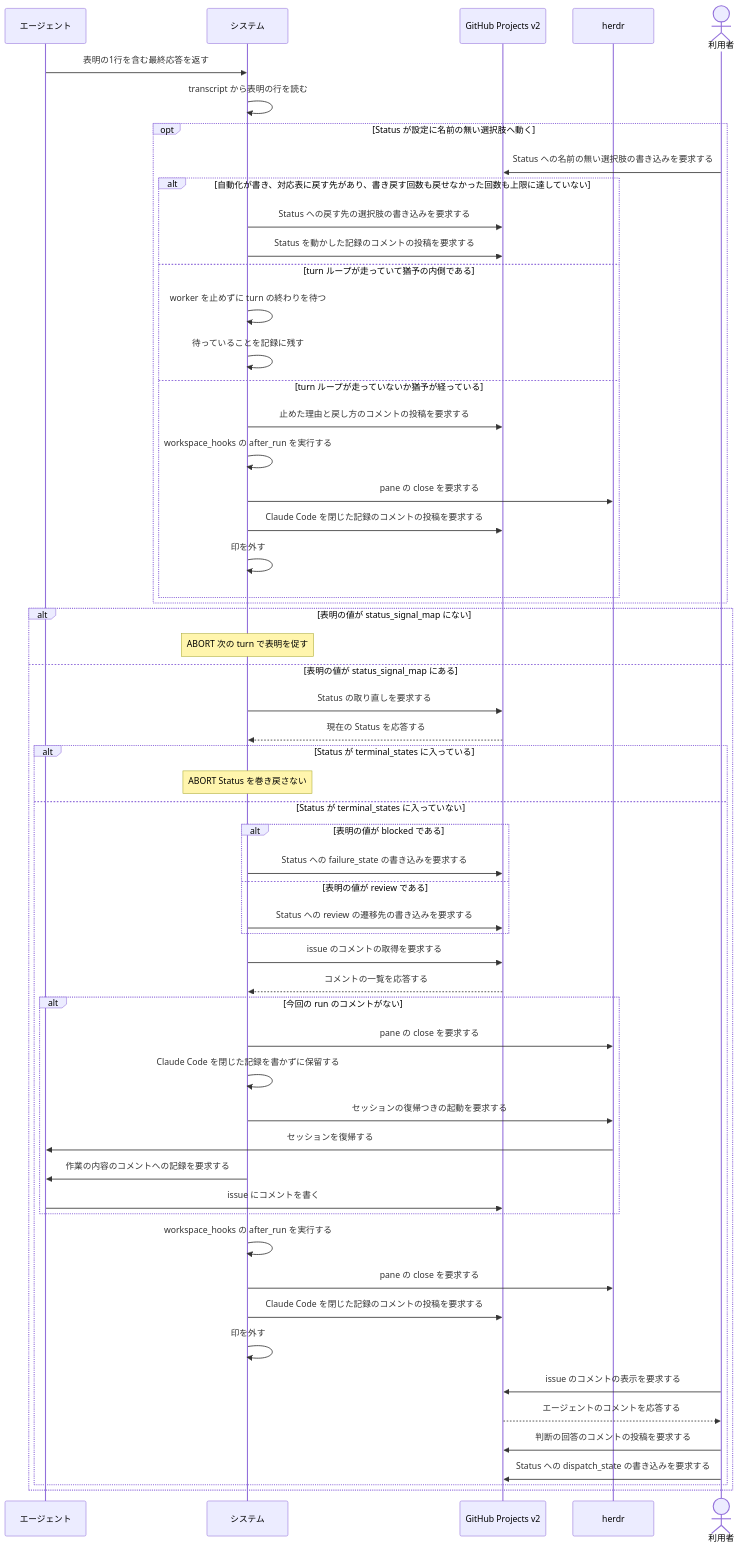
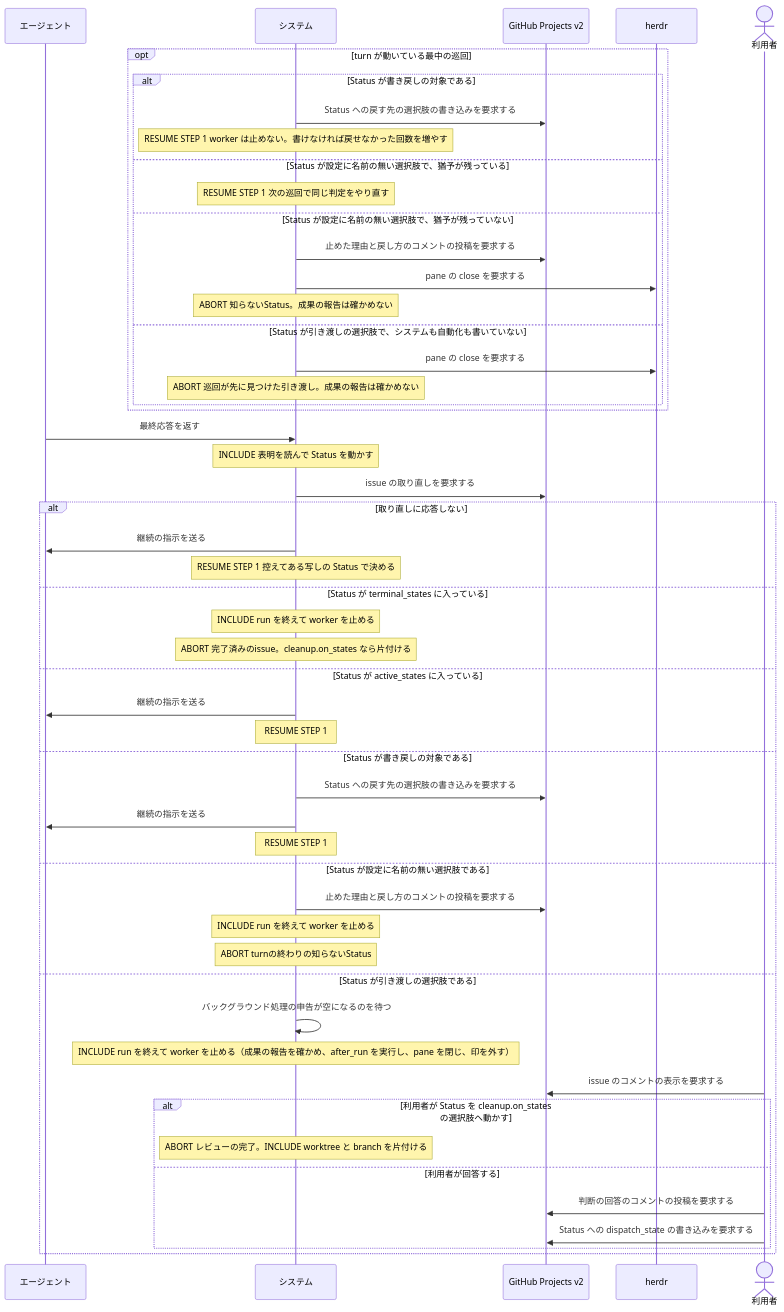
One commit to maimuzo/continuo changed the second of 2 diagrams in docs/spec/usecases/particular_case/人間に判断を渡す.rucm.md. Above: the diagram before and after it, drawn with Mermaid. The commit also changed other lines of this file and 122 other files, not shown here.

````diff
--- a/docs/spec/usecases/particular_case/人間に判断を渡す.rucm.md
+++ b/docs/spec/usecases/particular_case/人間に判断を渡す.rucm.md
@@ -348,60 +467,55 @@
 ```mermaid
 sequenceDiagram
     participant CC as エージェント
     participant S as システム
     participant GH as GitHub Projects v2
     participant H as herdr
     actor U as 利用者
 
-    CC->>S: 表明の1行を含む最終応答を返す
-    S->>S: transcript から表明の行を読む
-    opt Status が設定に名前の無い選択肢へ動く
-        U->>GH: Status への名前の無い選択肢の書き込みを要求する
-        alt 自動化が書き、対応表に戻す先があり、書き戻す回数も戻せなかった回数も上限に達していない
+    opt turn が動いている最中の巡回
+        alt Status が書き戻しの対象である
             S->>GH: Status への戻す先の選択肢の書き込みを要求する
-            S->>GH: Status を動かした記録のコメントの投稿を要求する
-        else turn ループが走っていて猶予の内側である
-            S->>S: worker を止めずに turn の終わりを待つ
-            S->>S: 待っていることを記録に残す
-        else turn ループが走っていないか猶予が経っている
+            Note over S: RESUME STEP 1 worker は止めない。書けなければ戻せなかった回数を増やす
+        else Status が設定に名前の無い選択肢で、猶予が残っている
+            Note over S: RESUME STEP 1 次の巡回で同じ判定をやり直す
+        else Status が設定に名前の無い選択肢で、猶予が残っていない
             S->>GH: 止めた理由と戻し方のコメントの投稿を要求する
-            S->>S: workspace_hooks の after_run を実行する
             S->>H: pane の close を要求する
-            S->>GH: Claude Code を閉じた記録のコメントの投稿を要求する
-            S->>S: 印を外す
+            Note over S: ABORT 知らないStatus。成果の報告は確かめない
+        else Status が引き渡しの選択肢で、システムも自動化も書いていない
+            S->>H: pane の close を要求する
+            Note over S: ABORT 巡回が先に見つけた引き渡し。成果の報告は確かめない
         end
     end
-    alt 表明の値が status_signal_map にない
-        Note over S: ABORT 次の turn で表明を促す
-    else 表明の値が status_signal_map にある
-        S->>GH: Status の取り直しを要求する
-        GH-->>S: 現在の Status を応答する
-        alt Status が terminal_states に入っている
-            Note over S: ABORT Status を巻き戻さない
-        else Status が terminal_states に入っていない
-            alt 表明の値が blocked である
-                S->>GH: Status への failure_state の書き込みを要求する
-            else 表明の値が review である
-                S->>GH: Status への review の遷移先の書き込みを要求する
-            end
-            S->>GH: issue のコメントの取得を要求する
-            GH-->>S: コメントの一覧を応答する
-            alt 今回の run のコメントがない
-                S->>H: pane の close を要求する
-                S->>S: Claude Code を閉じた記録を書かずに保留する
-                S->>H: セッションの復帰つきの起動を要求する
-                H->>CC: セッションを復帰する
-                S->>CC: 作業の内容のコメントへの記録を要求する
-                CC->>GH: issue にコメントを書く
-            end
-            S->>S: workspace_hooks の after_run を実行する
-            S->>H: pane の close を要求する
-            S->>GH: Claude Code を閉じた記録のコメントの投稿を要求する
-            S->>S: 印を外す
-            U->>GH: issue のコメントの表示を要求する
-            GH-->>U: エージェントのコメントを応答する
+    CC->>S: 最終応答を返す
+    Note over S: INCLUDE 表明を読んで Status を動かす
+    S->>GH: issue の取り直しを要求する
+    alt 取り直しに応答しない
+        S->>CC: 継続の指示を送る
+        Note over S: RESUME STEP 1 控えてある写しの Status で決める
+    else Status が terminal_states に入っている
+        Note over S: INCLUDE run を終えて worker を止める
+        Note over S: ABORT 完了済みのissue。cleanup.on_states なら片付ける
+    else Status が active_states に入っている
+        S->>CC: 継続の指示を送る
+        Note over S: RESUME STEP 1
+    else Status が書き戻しの対象である
+        S->>GH: Status への戻す先の選択肢の書き込みを要求する
+        S->>CC: 継続の指示を送る
+        Note over S: RESUME STEP 1
+    else Status が設定に名前の無い選択肢である
+        S->>GH: 止めた理由と戻し方のコメントの投稿を要求する
+        Note over S: INCLUDE run を終えて worker を止める
+        Note over S: ABORT turnの終わりの知らないStatus
+    else Status が引き渡しの選択肢である
+        S->>S: バックグラウンド処理の申告が空になるのを待つ
+        Note over S: INCLUDE run を終えて worker を止める（成果の報告を確かめ、after_run を実行し、pane を閉じ、印を外す）
+        U->>GH: issue のコメントの表示を要求する
+        alt 利用者が Status を cleanup.on_states の選択肢へ動かす
+            Note over S: ABORT レビューの完了。INCLUDE worktree と branch を片付ける
+        else 利用者が回答する
             U->>GH: 判断の回答のコメントの投稿を要求する
             U->>GH: Status への dispatch_state の書き込みを要求する
         end
     end
 ```
````
